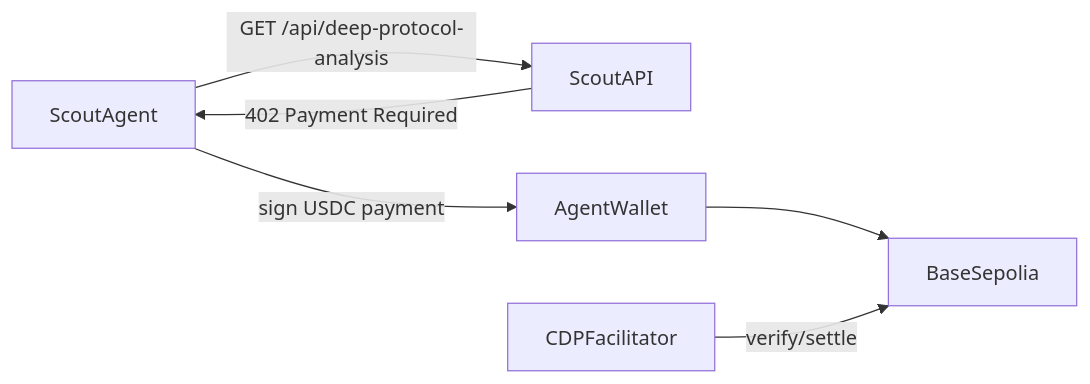
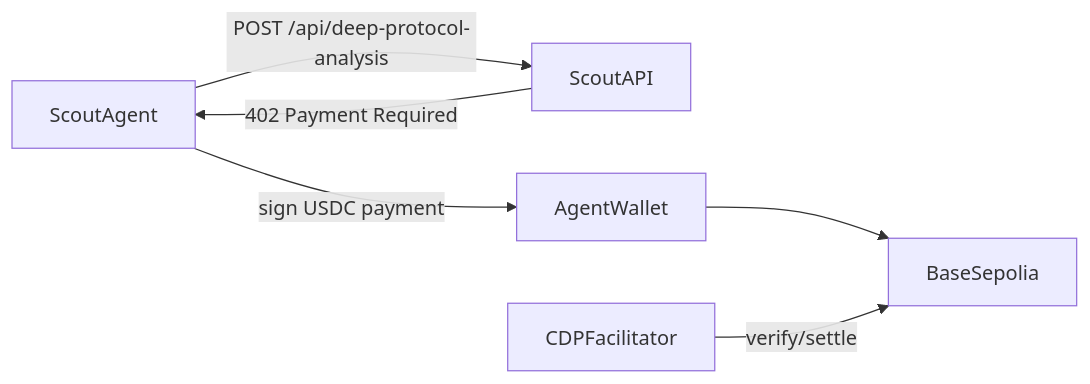
One commit to RohitSah23/scout changed the diagram in docs/API_KEYS.md. Above: the diagram before and after it, drawn with Mermaid. The commit also changed other lines of this file and 28 other files, not shown here.

Commit message:
feat: replace simulated partner flows with live integrations

````diff
--- a/docs/API_KEYS.md
+++ b/docs/API_KEYS.md
@@ -71,8 +71,8 @@
 ```mermaid
 flowchart LR
-  Agent[ScoutAgent] -->|"GET /api/deep-protocol-analysis"| API[ScoutAPI]
+  Agent[ScoutAgent] -->|"POST /api/deep-protocol-analysis"| API[ScoutAPI]
   API -->|"402 Payment Required"| Agent
   Agent -->|"sign USDC payment"| Wallet[AgentWallet]
   Wallet --> BaseSepolia[BaseSepolia]
   Facilitator[CDPFacilitator] -->|"verify/settle"| BaseSepolia
 ```
````
